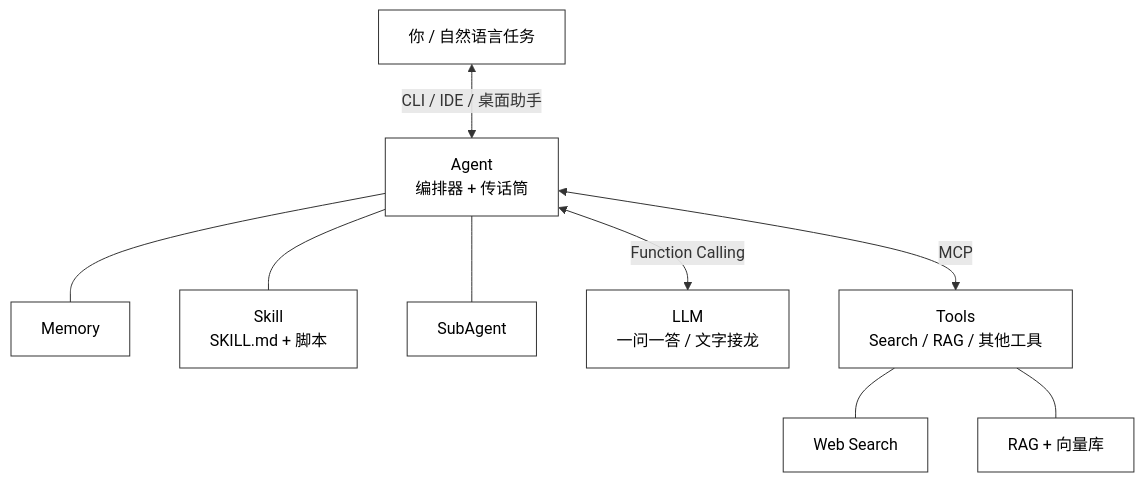
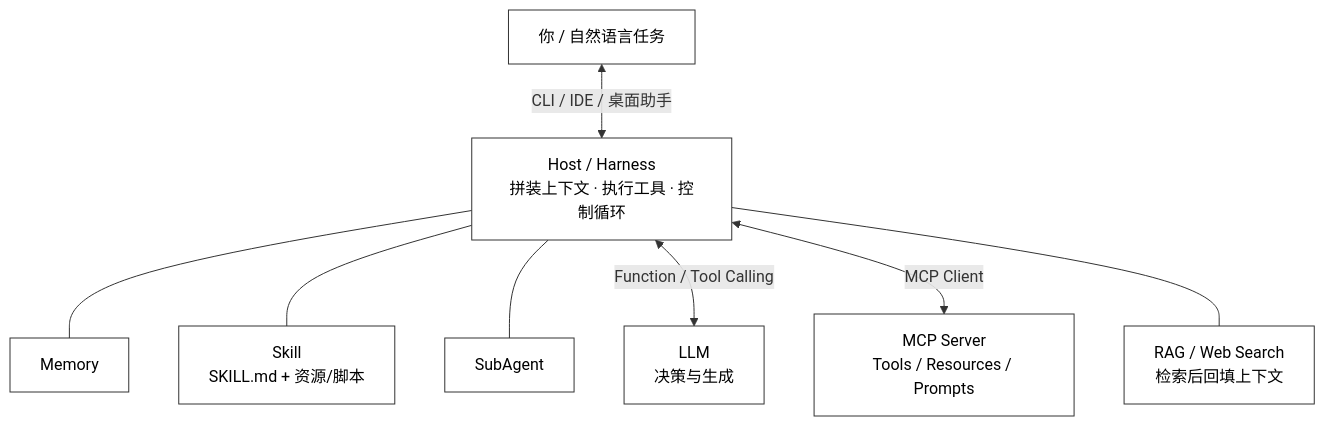
One commit to KwanWaiPang/KwanWaiPang.github.io changed the second of 5 diagrams in _posts/2026-08-01-Agent基本概念梳理.md. Above: the diagram before and after it, drawn with Mermaid. The commit also changed other lines of this file, not shown here.

First line of the commit message:
核校并修正 Agent 概念博文中的术语定义

```diff
--- a/_posts/2026-08-01-Agent基本概念梳理.md
+++ b/_posts/2026-08-01-Agent基本概念梳理.md
@@ -121,13 +115,12 @@
 <div class="mermaid" style="display: flex; justify-content: center; width: 90%; margin: 0 auto;">
 flowchart TB
     classDef default fill:#fff,stroke:#333,stroke-width:1px,color:#000;
 
-    U["你 / 自然语言任务"] <-->|"CLI / IDE / 桌面助手"| A["Agent<br/>编排器 + 传话筒"]
-    A --- MEM["Memory"]
-    A --- SK["Skill<br/>SKILL.md + 脚本"]
-    A --- SUB["SubAgent"]
-    A <-->|"Function Calling"| L["LLM<br/>一问一答 / 文字接龙"]
-    A <-->|"MCP"| T["Tools<br/>Search / RAG / 其他工具"]
-    T --- WS["Web Search"]
-    T --- RAG["RAG + 向量库"]
+    U["你 / 自然语言任务"] <-->|"CLI / IDE / 桌面助手"| H["Host / Harness<br/>拼装上下文 · 执行工具 · 控制循环"]
+    H --- MEM["Memory"]
+    H --- SK["Skill<br/>SKILL.md + 资源/脚本"]
+    H --- SUB["SubAgent"]
+    H <-->|"Function / Tool Calling"| L["LLM<br/>决策与生成"]
+    H <-->|"MCP Client"| S["MCP Server<br/>Tools / Resources / Prompts"]
+    H --- RAG["RAG / Web Search<br/>检索后回填上下文"]
 </div>
```
